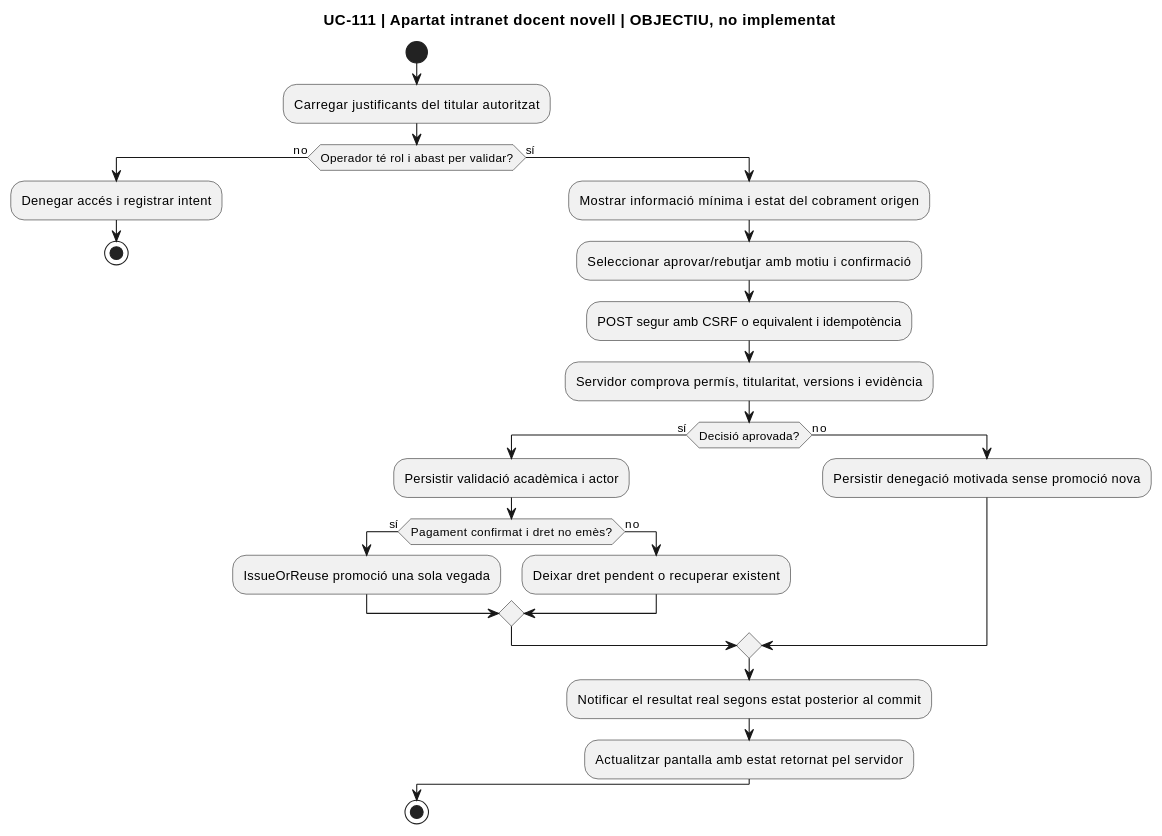
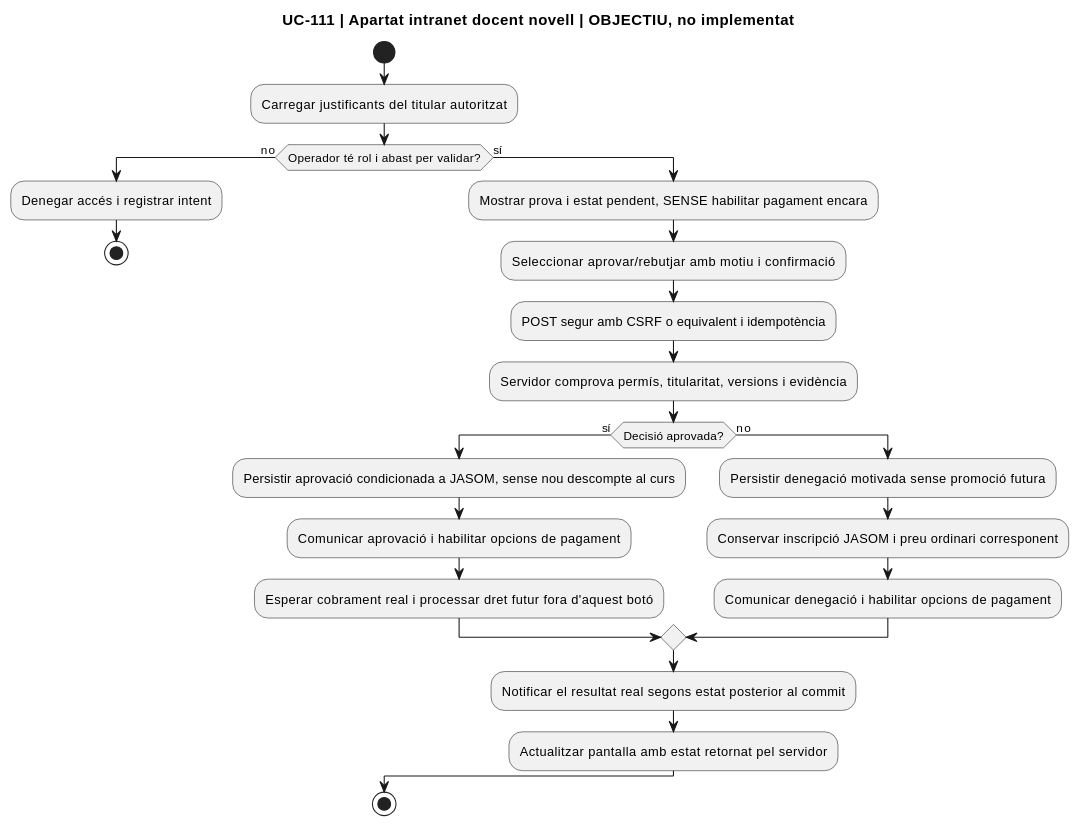
The seventh of 7 diagrams in documentacio/07-uml-integrat/uc-111-docent-novell-dret-futur.md (orgmeriemprismacat-del/verifactu), drawn with PlantUML before and after one commit. The commit also changed other lines of this file, not shown here.

Commit message:
docs: reconcile UC-111 activity with single future benefit, eligibility at JASOM start and payment only after validation

````diff
--- a/documentacio/07-uml-integrat/uc-111-docent-novell-dret-futur.md
+++ b/documentacio/07-uml-integrat/uc-111-docent-novell-dret-futur.md
@@ -266,29 +286,28 @@
 ```plantuml
 @startuml
 title UC-111 | Apartat intranet docent novell | OBJECTIU, no implementat
 start
 :Carregar justificants del titular autoritzat;
 if (Operador té rol i abast per validar?) then (no)
  :Denegar accés i registrar intent;
  stop
 else (sí)
- :Mostrar informació mínima i estat del cobrament origen;
+ :Mostrar prova i estat pendent, SENSE habilitar pagament encara;
  :Seleccionar aprovar/rebutjar amb motiu i confirmació;
  :POST segur amb CSRF o equivalent i idempotència;
  :Servidor comprova permís, titularitat, versions i evidència;
  if (Decisió aprovada?) then (sí)
-  :Persistir validació acadèmica i actor;
-  if (Pagament confirmat i dret no emès?) then (sí)
-   :IssueOrReuse promoció una sola vegada;
-  else (no)
-   :Deixar dret pendent o recuperar existent;
-  endif
+  :Persistir aprovació condicionada a JASOM, sense nou descompte al curs;
+  :Comunicar aprovació i habilitar opcions de pagament;
+  :Esperar cobrament real i processar dret futur fora d'aquest botó;
  else (no)
-  :Persistir denegació motivada sense promoció nova;
+  :Persistir denegació motivada sense promoció futura;
+  :Conservar inscripció JASOM i preu ordinari corresponent;
+  :Comunicar denegació i habilitar opcions de pagament;
  endif
  :Notificar el resultat real segons estat posterior al commit;
  :Actualitzar pantalla amb estat retornat pel servidor;
 endif
 stop
 @enduml
 ```
````
